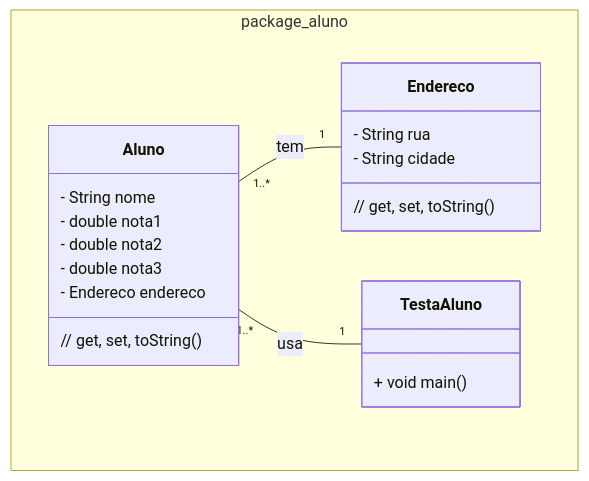
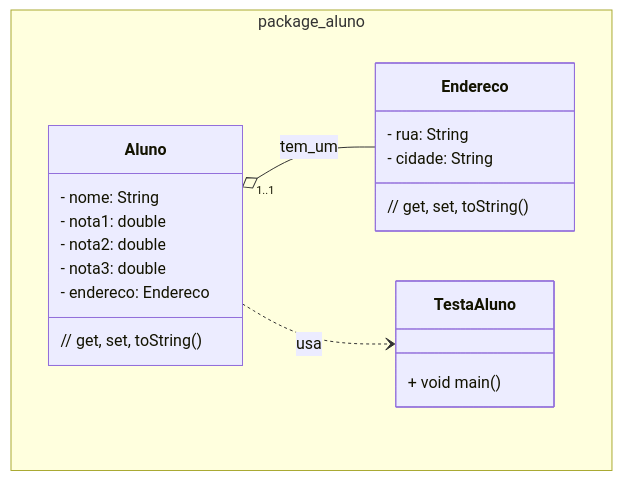
The diagram in unidade1/aula5.md (ap3ufersa/ap3_2024.3_xicoArruda), drawn with Mermaid before and after one commit. The commit also changed other lines of this file and 5 other files, not shown here.

````diff
--- a/unidade1/aula5.md
+++ b/unidade1/aula5.md
@@ -7,25 +7,26 @@
 ```mermaid
 classDiagram
     namespace package_aluno {
         class Aluno {
-            - String nome
-            - double nota1
-            - double nota2
-            - double nota3
-            - Endereco endereco
+            - nome: String
+            - nota1: double
+            - nota2: double
+            - nota3: double
+            - endereco: Endereco
             // get, set, toString()
         }
 
         class Endereco {
-            - String rua
-            - String cidade
+            - rua: String
+            - cidade: String
             // get, set, toString()
         }
 
         class TestaAluno {
             + void main()
         }
     }
-    Aluno "1..*" -- "1" Endereco : tem
-    Aluno "1..*" -- "1" TestaAluno : usa
+    Aluno "1..1" o-- Endereco : tem_um
+    Aluno ..> TestaAluno : usa
+
 ```
````
